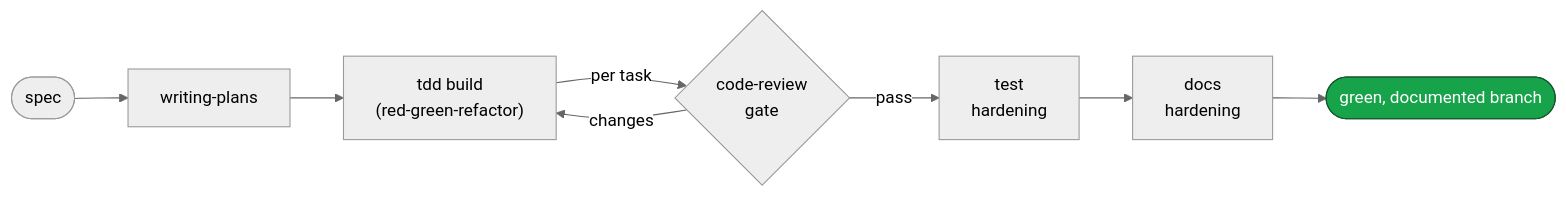
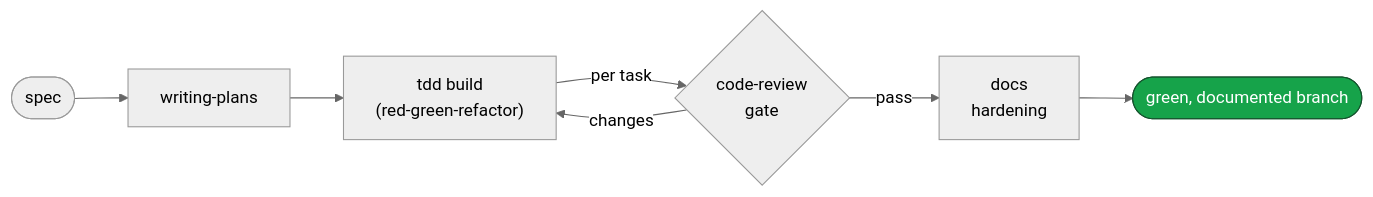
The fifth of 5 diagrams in README.md (dashworthy/engineering), drawn with Mermaid (neutral theme) before and after one commit. The commit also changed other lines of this file and 33 other files, not shown here.

First line of the commit message:
feat(verity): extract test-hardening into a standalone plugin (#37)

````diff
--- a/README.md
+++ b/README.md
@@ -123,12 +126,11 @@
 ```mermaid
 flowchart LR
     classDef done fill:#16a34a,stroke:#14532d,color:#fff
 
     SPEC(["spec"]) --> P["writing-plans"]
     P --> B["tdd build<br/>(red-green-refactor)"]
     B -->|"per task"| R{"code-review<br/>gate"}
     R -->|"changes"| B
-    R -->|"pass"| H["test<br/>hardening"]
-    H --> DOC["docs<br/>hardening"]
+    R -->|"pass"| DOC["docs<br/>hardening"]
     DOC --> DONE(["green, documented branch"]):::done
 ```
````
